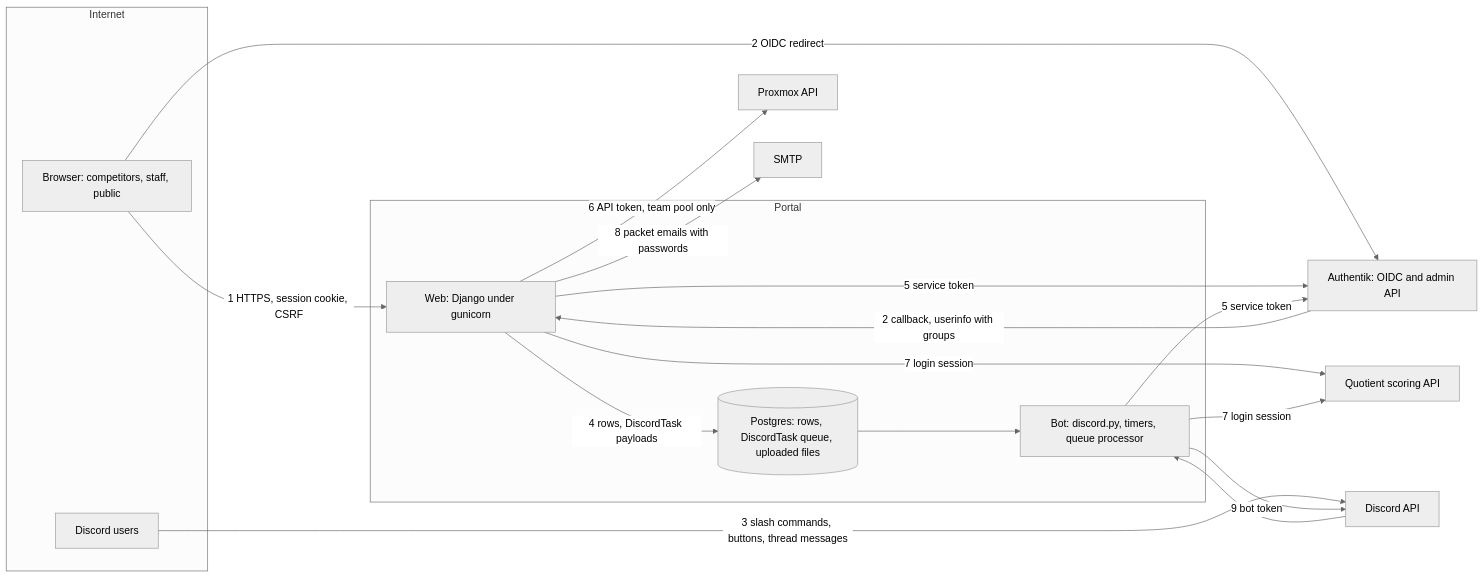
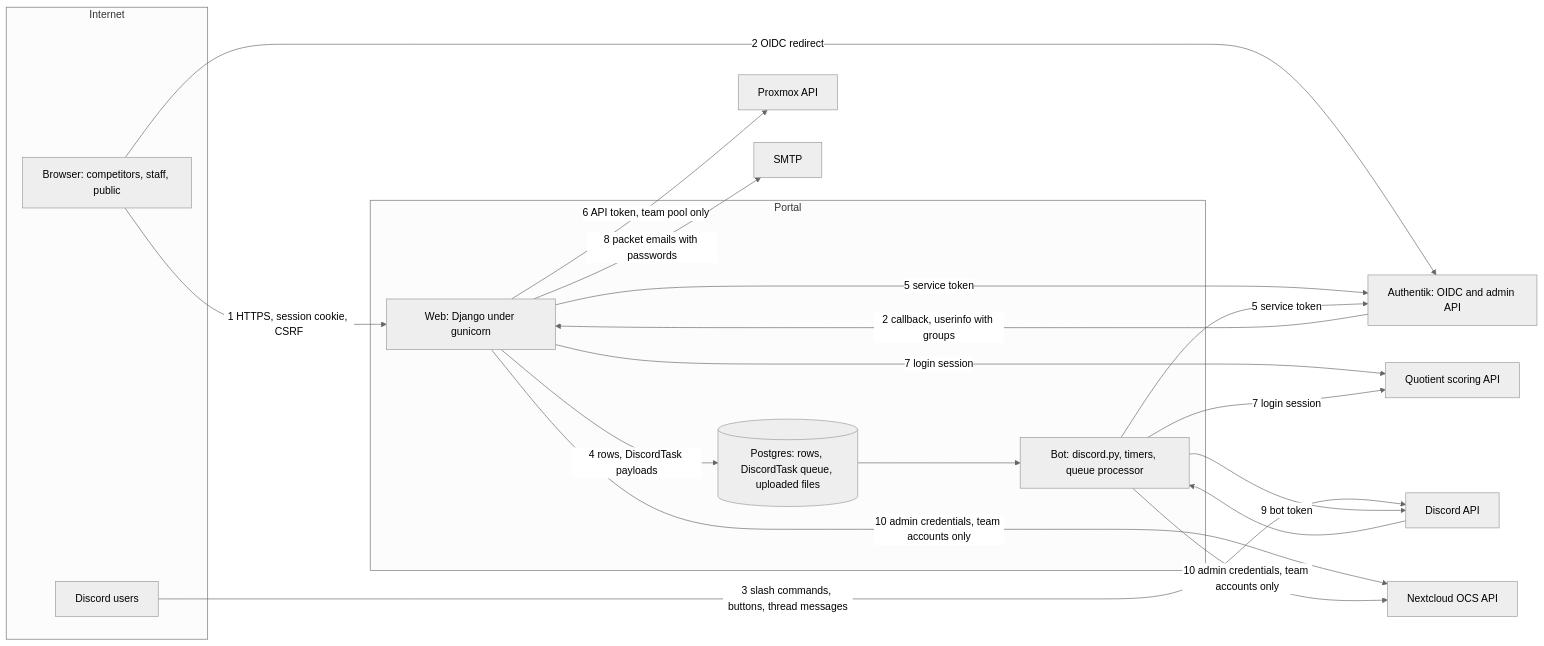
The diagram in THREAT_MODEL.md (wccomps/wccomps-portal), drawn with Mermaid (neutral theme) before and after one commit. The commit also changed other lines of this file and 12 other files, not shown here.

Commit message:
Harden competition start/stop lifecycle and Nextcloud team provisioning (#291)

````diff
--- a/THREAT_MODEL.md
+++ b/THREAT_MODEL.md
@@ -47,28 +47,30 @@
 ```mermaid
 flowchart LR
     subgraph Internet
         B[Browser: competitors, staff, public]
         D[Discord users]
     end
     subgraph Portal
         W[Web: Django under gunicorn]
         Q[(Postgres: rows, DiscordTask queue, uploaded files)]
         T[Bot: discord.py, timers, queue processor]
     end
     A[Authentik: OIDC and admin API]
     P[Proxmox API]
     S[Quotient scoring API]
+    N[Nextcloud OCS API]
     M[SMTP]
     G[Discord API]
     B -- "1 HTTPS, session cookie, CSRF" --> W
     B -- "2 OIDC redirect" --> A
     A -- "2 callback, userinfo with groups" --> W
     D -- "3 slash commands, buttons, thread messages" --> G --> T
     W -- "4 rows, DiscordTask payloads" --> Q
     Q --> T
     W & T -- "5 service token" --> A
     W -- "6 API token, team pool only" --> P
     W & T -- "7 login session" --> S
     W -- "8 packet emails with passwords" --> M
     T -- "9 bot token" --> G
+    W & T -- "10 admin credentials, team accounts only" --> N
 ```
````
